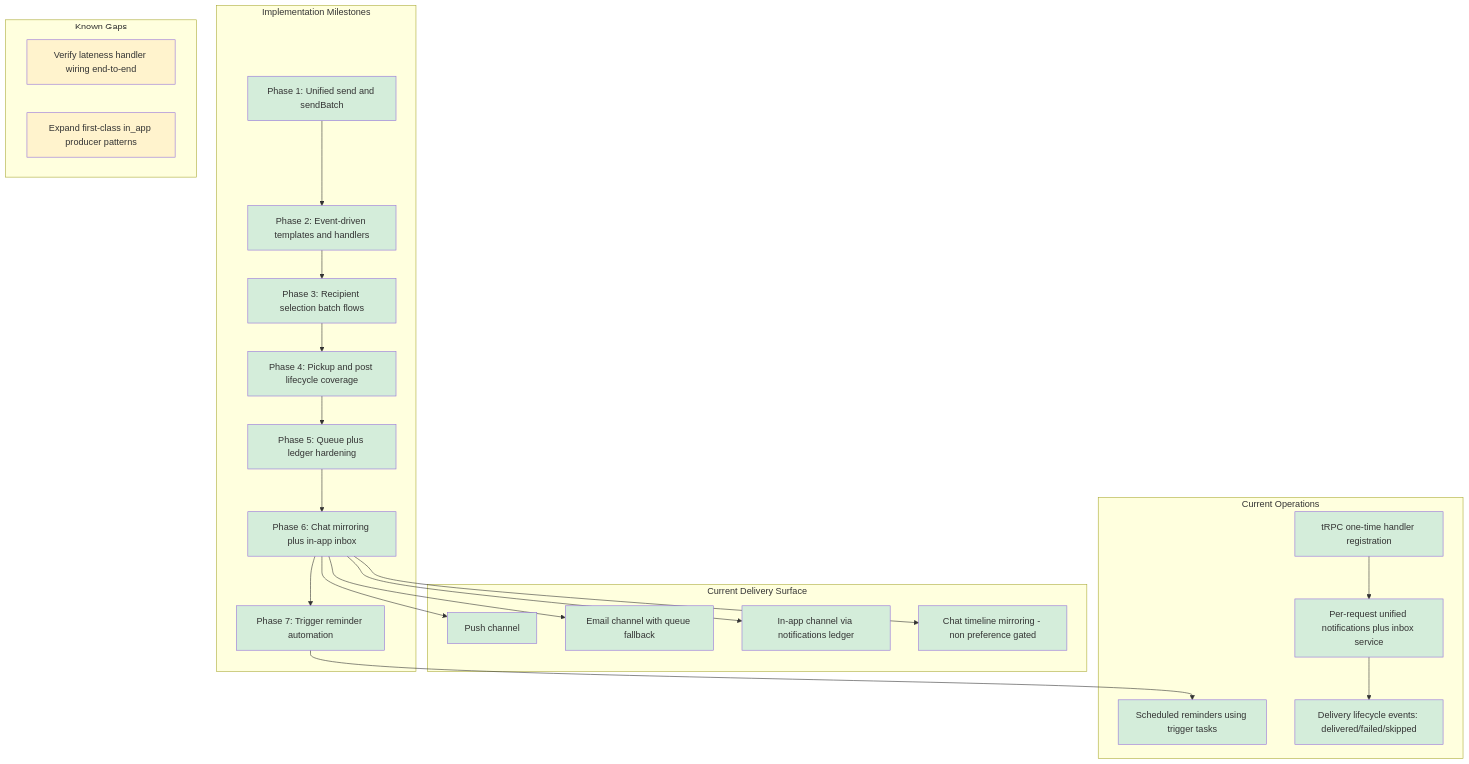
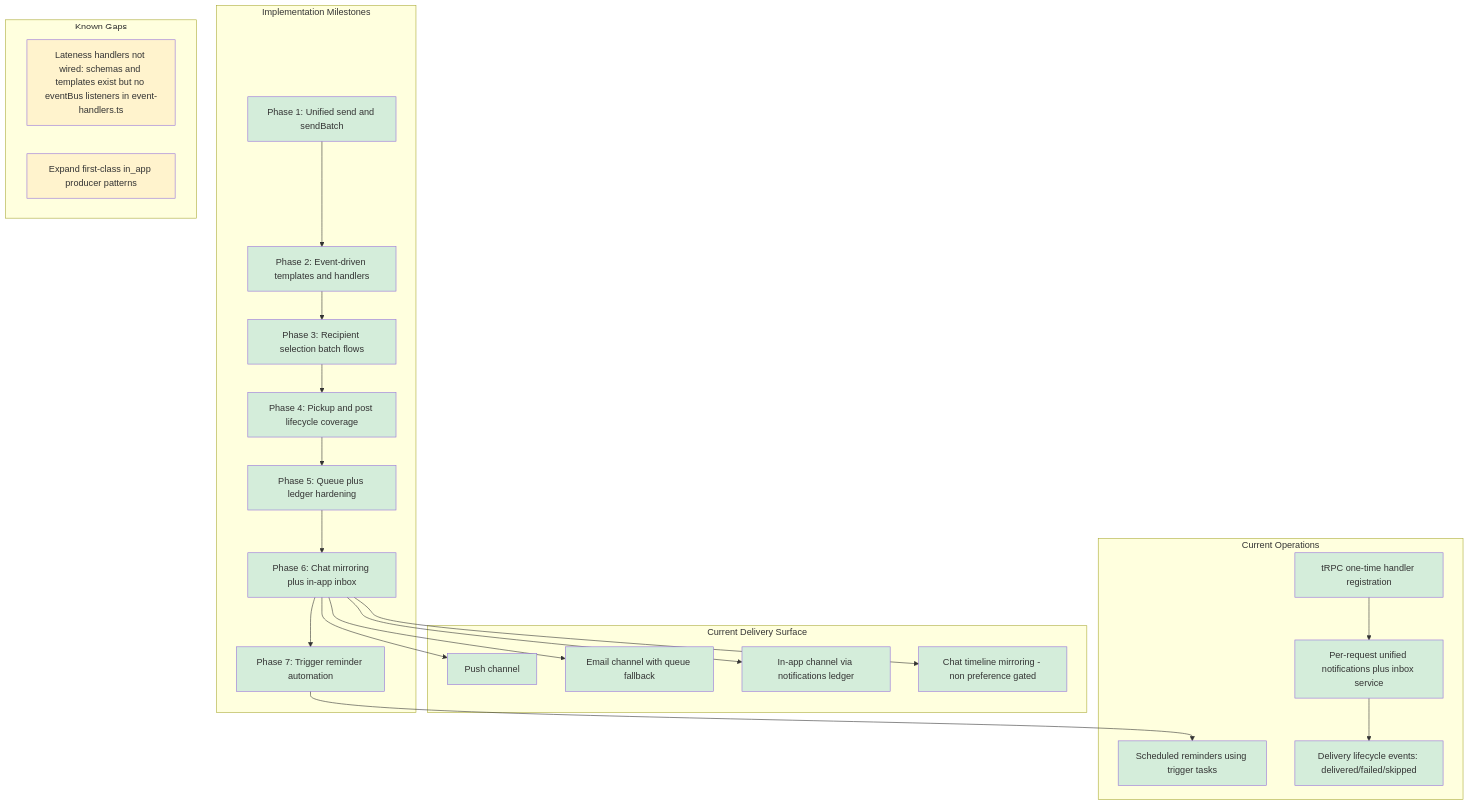
The first of 18 diagrams in apps/presentation/content/notification-system-implementation-order.md (benschac/notification-appjs-talk), drawn with Mermaid before and after one commit. The commit also changed other lines of this file and 1 other file, not shown here.

````diff
--- a/apps/presentation/content/notification-system-implementation-order.md
+++ b/apps/presentation/content/notification-system-implementation-order.md
@@ -5,57 +5,57 @@
 ```mermaid
 graph TB
     subgraph "Implementation Milestones"
         P1[Phase 1: Unified send and sendBatch]
         P2[Phase 2: Event-driven templates and handlers]
         P3[Phase 3: Recipient selection batch flows]
         P4[Phase 4: Pickup and post lifecycle coverage]
         P5[Phase 5: Queue plus ledger hardening]
         P6[Phase 6: Chat mirroring plus in-app inbox]
         P7[Phase 7: Trigger reminder automation]
     end
 
     subgraph "Current Delivery Surface"
         C1[Push channel]
         C2[Email channel with queue fallback]
         C3[In-app channel via notifications ledger]
         C4[Chat timeline mirroring - non preference gated]
     end
 
     subgraph "Current Operations"
         O1[tRPC one-time handler registration]
         O2[Per-request unified notifications plus inbox service]
         O3[Scheduled reminders using trigger tasks]
         O4[Delivery lifecycle events: delivered/failed/skipped]
     end
 
     subgraph "Known Gaps"
-        G1[Verify lateness handler wiring end-to-end]
+        G1[Lateness handlers not wired: schemas and templates exist but no eventBus listeners in event-handlers.ts]
         G2[Expand first-class in_app producer patterns]
         style G1 fill:#fff3cd
         style G2 fill:#fff3cd
     end
 
     P1 --> P2 --> P3 --> P4 --> P5 --> P6 --> P7
     P6 --> C1
     P6 --> C2
     P6 --> C3
     P6 --> C4
     P7 --> O3
     O1 --> O2 --> O4
 
     style P1 fill:#d4edda
     style P2 fill:#d4edda
     style P3 fill:#d4edda
     style P4 fill:#d4edda
     style P5 fill:#d4edda
     style P6 fill:#d4edda
     style P7 fill:#d4edda
     style C1 fill:#d4edda
     style C2 fill:#d4edda
     style C3 fill:#d4edda
     style C4 fill:#d4edda
     style O1 fill:#d4edda
     style O2 fill:#d4edda
     style O3 fill:#d4edda
     style O4 fill:#d4edda
 ```
````
